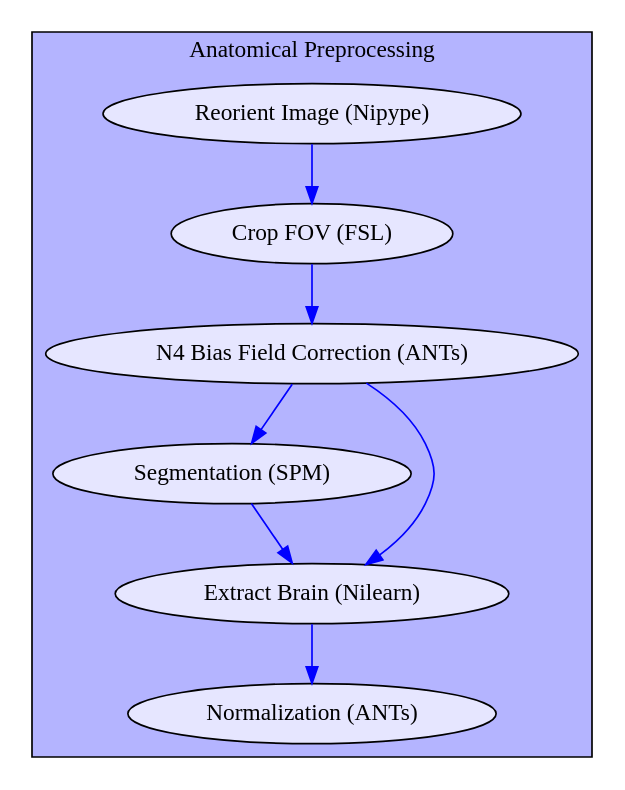
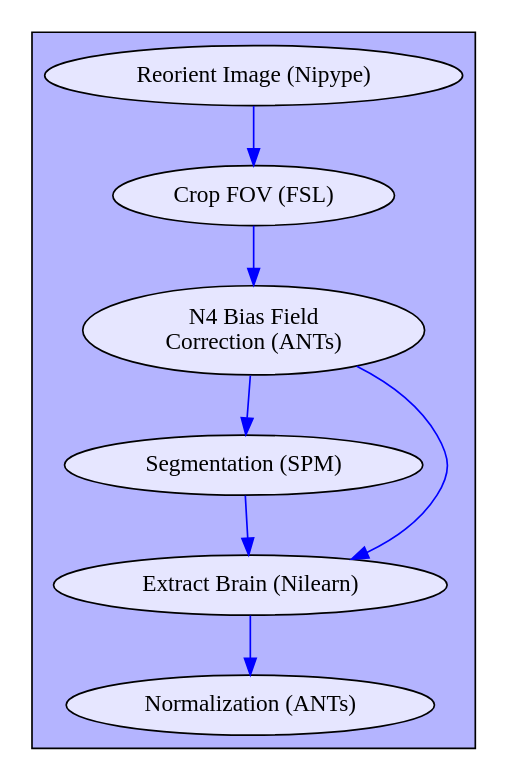
One commit to miykael/fmriflows changed the diagram in static/preproc_anat.dot. Above: the diagram before and after it, drawn with Graphviz. The commit also changed 9 other files, not shown here.

Commit message:
ENH: simplifies workflow graphs

```diff
--- a/static/preproc_anat.dot
+++ b/static/preproc_anat.dot
@@ -1,20 +1,19 @@
 digraph preproc_anat{
   subgraph cluster_preproc_anat {
       edge [color="#0000FF"];
       style=filled;
       fillcolor="#B4B4FF";
-      label="Anatomical Preprocessing";
     reorient[label="Reorient Image (Nipype)", style=filled, fillcolor="#E6E6FF"];
     cropFOV[label="Crop FOV (FSL)", style=filled, fillcolor="#E6E6FF"];
-    n4[label="N4 Bias Field Correction (ANTs)", style=filled, fillcolor="#E6E6FF"];
+    n4[label="N4 Bias Field\nCorrection (ANTs)", style=filled, fillcolor="#E6E6FF"];
     segment[label="Segmentation (SPM)", style=filled, fillcolor="#E6E6FF"];
     extract_brain[label="Extract Brain (Nilearn)", style=filled, fillcolor="#E6E6FF"];
     antsreg[label="Normalization (ANTs)", style=filled, fillcolor="#E6E6FF"];
     reorient -> cropFOV;
     cropFOV -> n4;
     n4 -> segment;
     n4 -> extract_brain;
     segment -> extract_brain;
     extract_brain -> antsreg;
   }
 }
```
